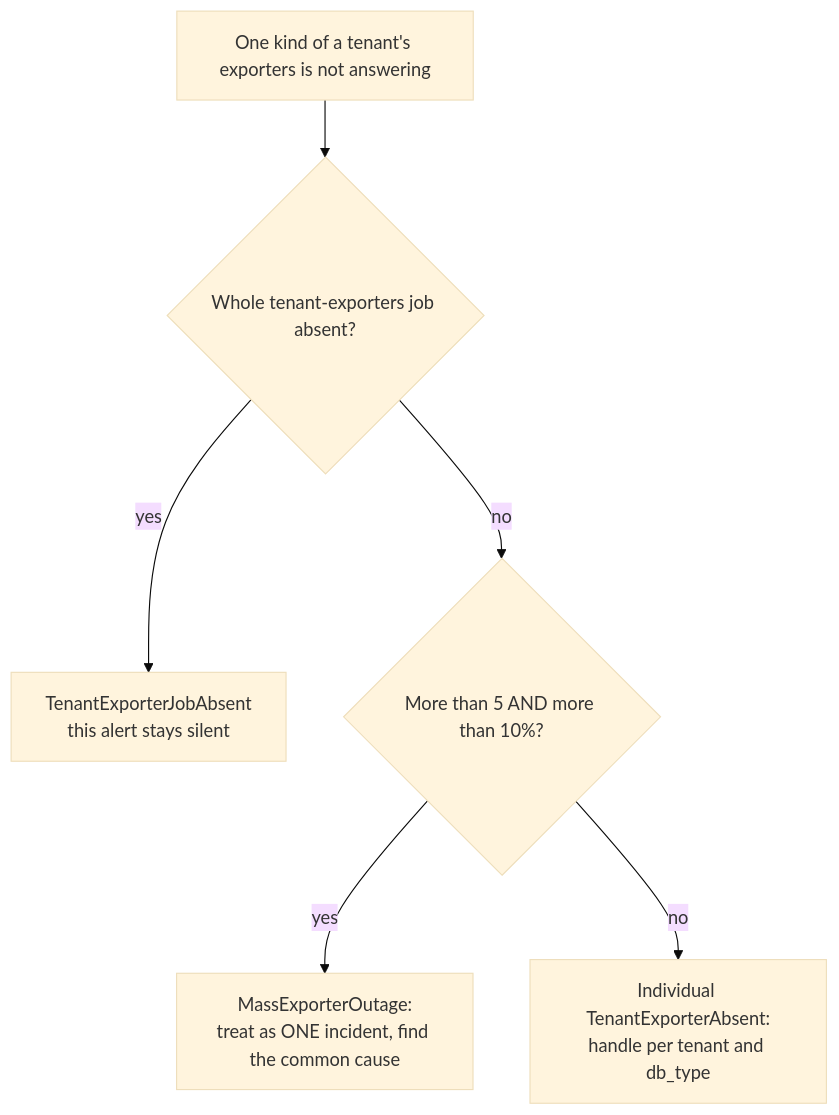
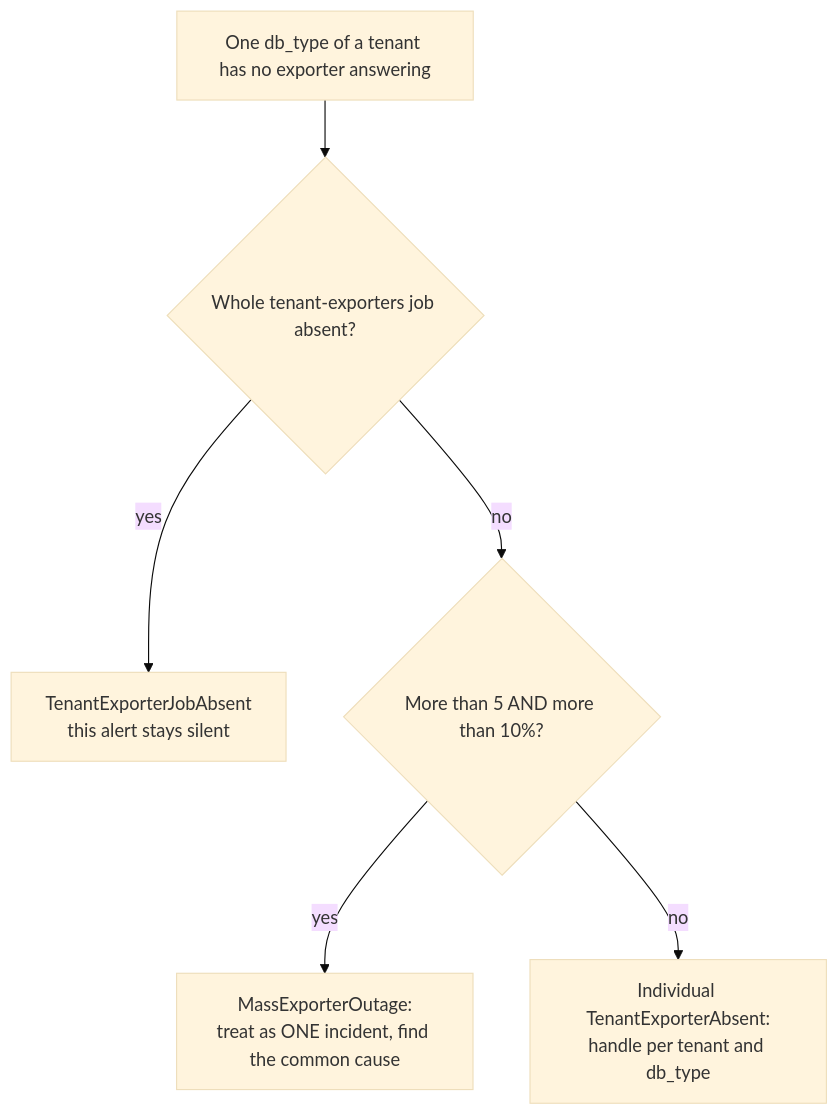
The second of 2 diagrams in docs/integration/troubleshooting-checklist.en.md (vencil/Dynamic-Alerting-Integrations), drawn with Mermaid (base theme) before and after one commit.

Commit message:
fix(docs): MassExporterOutage 流程圖節點拿掉撇號，修 Mermaid 驗證（#3771）
`tenant's` 的撇號被 validate_mermaid 判為未成對的單引號，CI 的 Validate Mermaid Diagrams 紅。
改寫節點文字，不再含撇號。

Refs: #3771
Self-Review-Pass-2: validate_mermaid docs/ --ci 修正前 rc 1、修正後 rc 0（64/64）
Claude-Session: https://claude.ai/code/session_01Afu3appJP9xQ9oEMeRHY3Z

````diff
--- a/docs/integration/troubleshooting-checklist.en.md
+++ b/docs/integration/troubleshooting-checklist.en.md
@@ -1186,8 +1186,8 @@
 ```mermaid
 flowchart TD
-    A[One kind of a tenant's exporters is not answering] --> B{Whole tenant-exporters job absent?}
+    A[One db_type of a tenant has no exporter answering] --> B{Whole tenant-exporters job absent?}
     B -- yes --> J[TenantExporterJobAbsent<br/>this alert stays silent]
     B -- no --> C{More than 5 AND more than 10%?}
     C -- yes --> M[MassExporterOutage:<br/>treat as ONE incident, find the common cause]
     C -- no --> T[Individual TenantExporterAbsent:<br/>handle per tenant and db_type]
 ```
````
